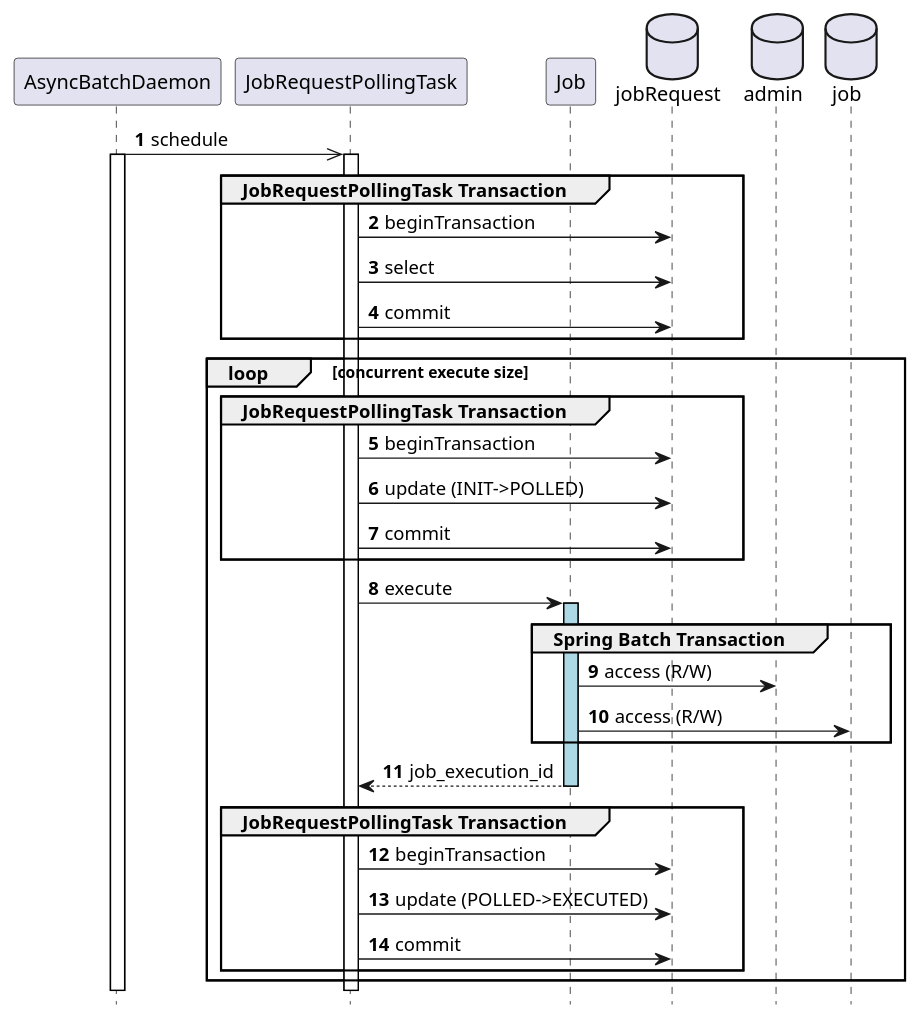
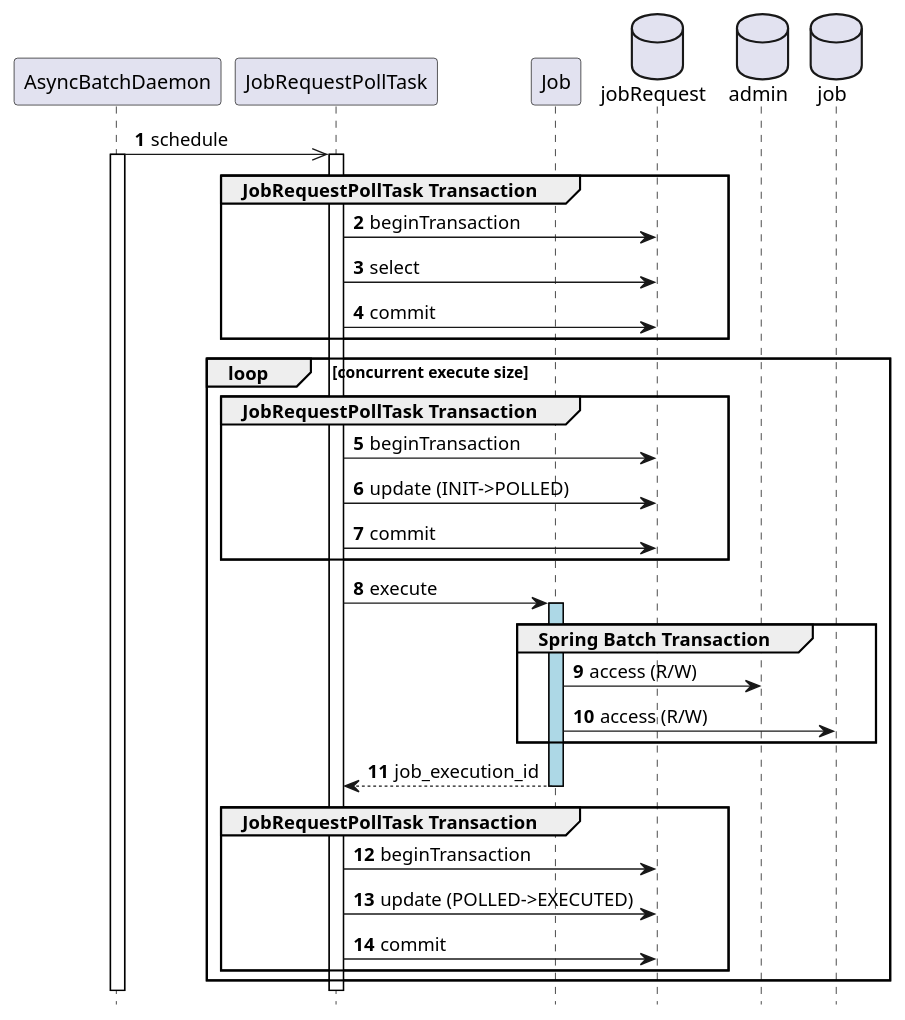
Before and after one commit to Macchinetta/batch-guideline: the diagram in src/main/asciidoc/images/ch05/transaction/Ch05_transaction_AsyncWithDB_Transaction_Difference.pu, drawn with PlantUML. The commit also changed 110 other files, not shown here.

```diff
--- a/src/main/asciidoc/images/ch05/transaction/Ch05_transaction_AsyncWithDB_Transaction_Difference.pu
+++ b/src/main/asciidoc/images/ch05/transaction/Ch05_transaction_AsyncWithDB_Transaction_Difference.pu
@@ -1,81 +1,81 @@
 @startuml
 
 hide footbox
 autonumber
 
 participant AsyncBatchDaemon
-participant JobRequestPollingTask
+participant JobRequestPollTask
 participant Job
 database "jobRequest" as JobRequest
 database "admin" as adminDB
 database "job" as jobDB
 
 
-AsyncBatchDaemon ->> JobRequestPollingTask : schedule
+AsyncBatchDaemon ->> JobRequestPollTask : schedule
 activate AsyncBatchDaemon
-activate JobRequestPollingTask
-group JobRequestPollingTask Transaction
-  JobRequestPollingTask -> JobRequest : beginTransaction
-  JobRequestPollingTask -> JobRequest : select
-  JobRequestPollingTask -> JobRequest : commit
+activate JobRequestPollTask
+group JobRequestPollTask Transaction
+  JobRequestPollTask -> JobRequest : beginTransaction
+  JobRequestPollTask -> JobRequest : select
+  JobRequestPollTask -> JobRequest : commit
 end
 
 loop concurrent execute size
-    group JobRequestPollingTask Transaction
-    JobRequestPollingTask -> JobRequest : beginTransaction
-      JobRequestPollingTask -> JobRequest : update (INIT->POLLED)
-      JobRequestPollingTask -> JobRequest : commit
+    group JobRequestPollTask Transaction
+    JobRequestPollTask -> JobRequest : beginTransaction
+      JobRequestPollTask -> JobRequest : update (INIT->POLLED)
+      JobRequestPollTask -> JobRequest : commit
     end
 
-    JobRequestPollingTask -> Job : execute
+    JobRequestPollTask -> Job : execute
     activate Job #lightblue
     group Spring Batch Transaction
         Job -> adminDB : access (R/W)
         Job -> jobDB : access (R/W)
     end
-    Job --> JobRequestPollingTask : job_execution_id
+    Job --> JobRequestPollTask : job_execution_id
     deactivate Job
 
-    group JobRequestPollingTask Transaction
-      JobRequestPollingTask -> JobRequest : beginTransaction
-      JobRequestPollingTask -> JobRequest : update (POLLED->EXECUTED)
-      JobRequestPollingTask -> JobRequest : commit
+    group JobRequestPollTask Transaction
+      JobRequestPollTask -> JobRequest : beginTransaction
+      JobRequestPollTask -> JobRequest : update (POLLED->EXECUTED)
+      JobRequestPollTask -> JobRequest : commit
     end
 end
 
-deactivate JobRequestPollingTask
+deactivate JobRequestPollTask
 deactivate AsyncBatchDaemon
 
 'Set styles such as format and color of each figure
 skinparam Note {
   BackgroundColor #b1f8fa
   BorderColor black
 }
 
 skinparam Class {
   BorderColor black
   ArrowColor black
 }
 
 skinparam Sequence {
   BorderColor black
   ActorBorderColor black
   ArrowColor black
   LifeLineBorderColor black
   BoxLineColor black
   ParticipantBorderColor black
 }
 
 skinparam componentStyle uml2
 
 skinparam Component {
   BorderColor black
   ArrowColor black
 }
 
 skinparam Interface {
   BorderColor black
   ArrowColor black
 }
 
 @enduml
```
